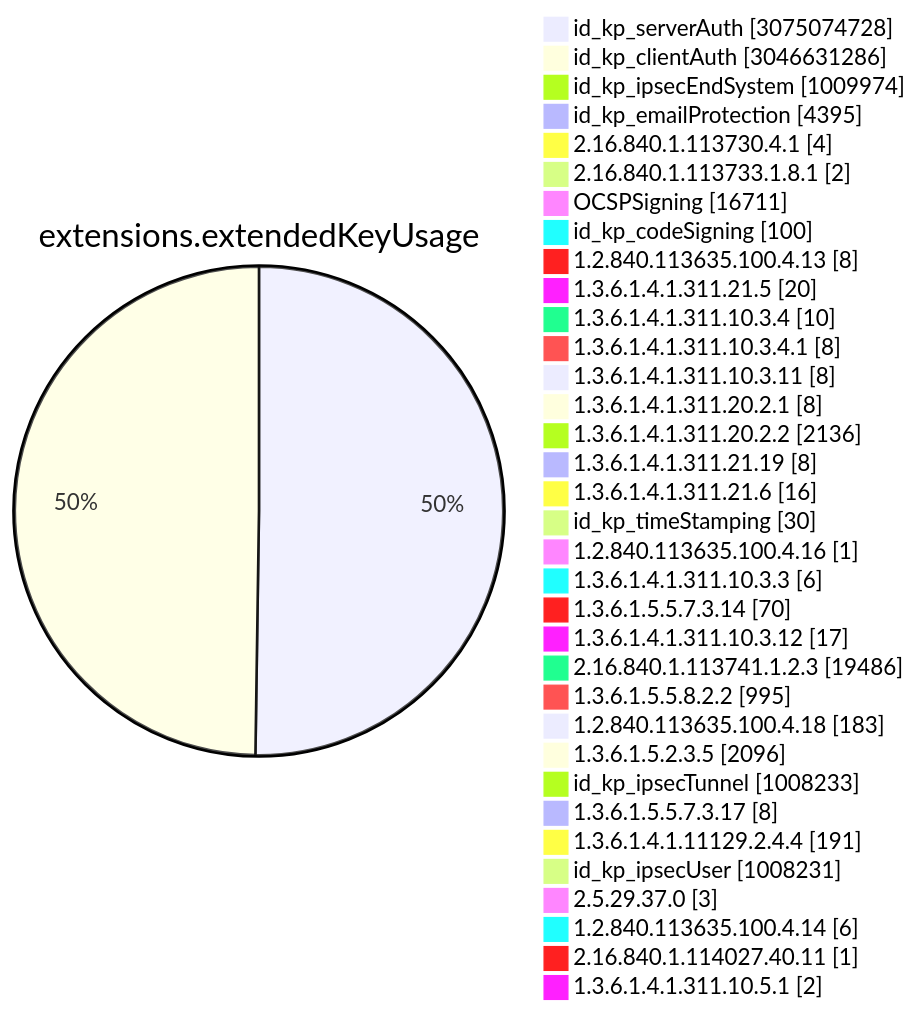
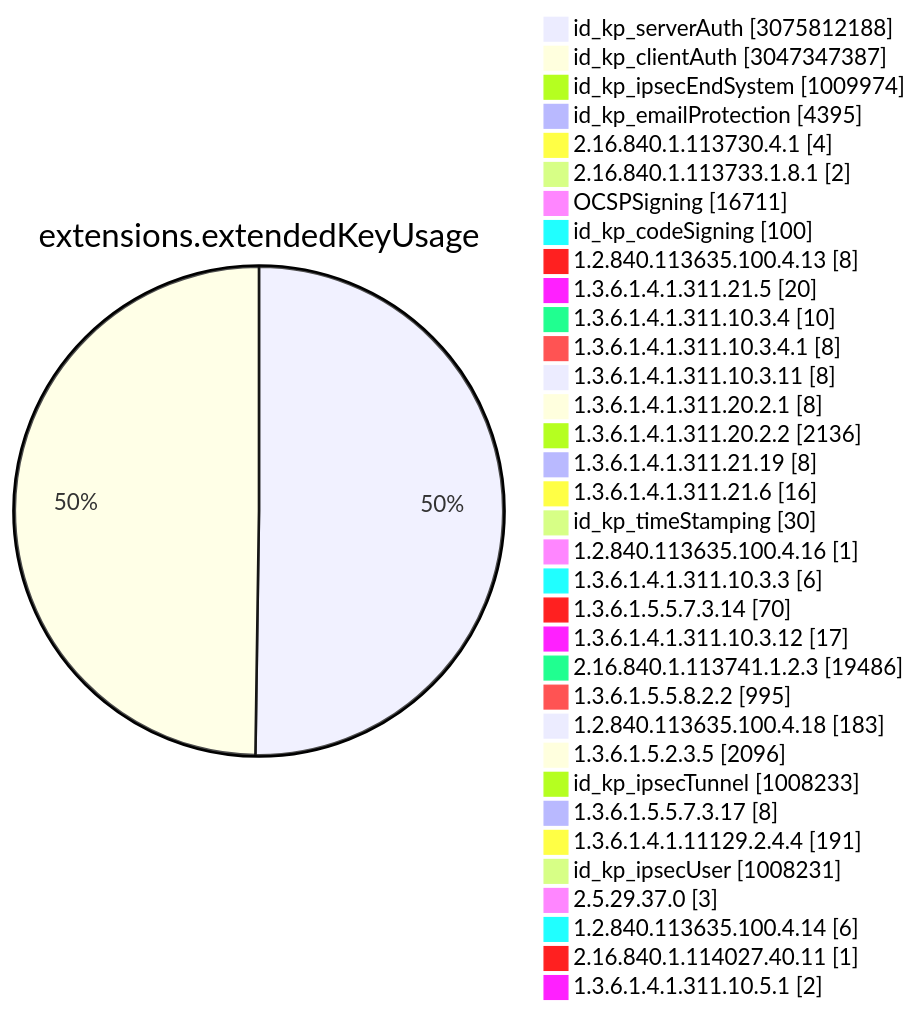
Before and after one commit to christiankrug/ctmonitor_visualization: diagram 11 of 15 in TOTAL/README.md, drawn with Mermaid. The commit also changed other lines of this file, not shown here.

````diff
--- a/TOTAL/README.md
+++ b/TOTAL/README.md
@@ -4119,38 +4119,38 @@
 ```mermaid
 pie showData
 title extensions.extendedKeyUsage
-"id_kp_serverAuth" :3075074728
-"id_kp_clientAuth" :3046631286
+"id_kp_serverAuth" :3075812188
+"id_kp_clientAuth" :3047347387
 "id_kp_ipsecEndSystem" :1009974
 "id_kp_emailProtection" :4395
 "2.16.840.1.113730.4.1" :4
 "2.16.840.1.113733.1.8.1" :2
 "OCSPSigning" :16711
 "id_kp_codeSigning" :100
 "1.2.840.113635.100.4.13" :8
 "1.3.6.1.4.1.311.21.5" :20
 "1.3.6.1.4.1.311.10.3.4" :10
 "1.3.6.1.4.1.311.10.3.4.1" :8
 "1.3.6.1.4.1.311.10.3.11" :8
 "1.3.6.1.4.1.311.20.2.1" :8
 "1.3.6.1.4.1.311.20.2.2" :2136
 "1.3.6.1.4.1.311.21.19" :8
 "1.3.6.1.4.1.311.21.6" :16
 "id_kp_timeStamping" :30
 "1.2.840.113635.100.4.16" :1
 "1.3.6.1.4.1.311.10.3.3" :6
 "1.3.6.1.5.5.7.3.14" :70
 "1.3.6.1.4.1.311.10.3.12" :17
 "2.16.840.1.113741.1.2.3" :19486
 "1.3.6.1.5.5.8.2.2" :995
 "1.2.840.113635.100.4.18" :183
 "1.3.6.1.5.2.3.5" :2096
 "id_kp_ipsecTunnel" :1008233
 "1.3.6.1.5.5.7.3.17" :8
 "1.3.6.1.4.1.11129.2.4.4" :191
 "id_kp_ipsecUser" :1008231
 "2.5.29.37.0" :3
 "1.2.840.113635.100.4.14" :6
 "2.16.840.1.114027.40.11" :1
 "1.3.6.1.4.1.311.10.5.1" :2
 ```
````
